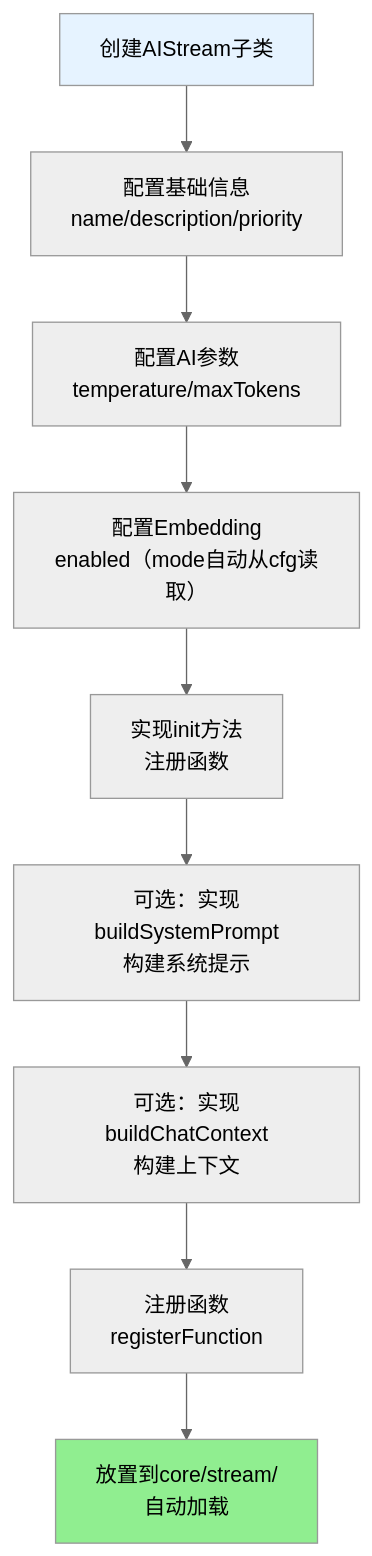
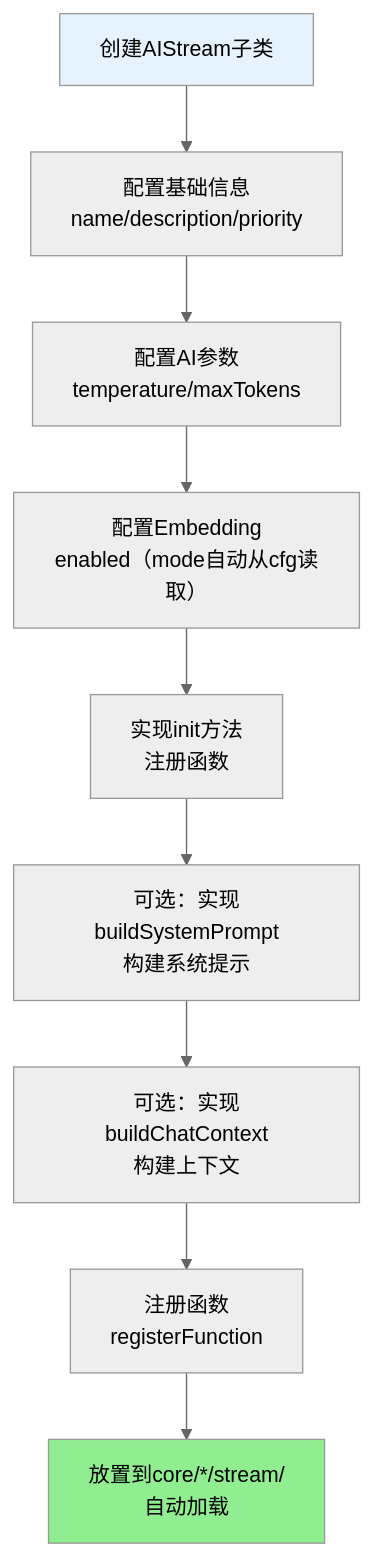
Before and after one commit to sunflowermm/XRK-AGT: the third of 9 diagrams in docs/框架可扩展性指南.md, drawn with Mermaid (neutral theme). The commit also changed other lines of this file and 116 other files, not shown here.

````diff
--- a/docs/框架可扩展性指南.md
+++ b/docs/框架可扩展性指南.md
@@ -146,14 +230,14 @@
 ```mermaid
 flowchart TB
     A["创建AIStream子类"] --> B["配置基础信息<br/>name/description/priority"]
     B --> C["配置AI参数<br/>temperature/maxTokens"]
     C --> D["配置Embedding<br/>enabled（mode自动从cfg读取）"]
     D --> E["实现init方法<br/>注册函数"]
     E --> F["可选：实现buildSystemPrompt<br/>构建系统提示"]
     F --> G["可选：实现buildChatContext<br/>构建上下文"]
     G --> H["注册函数<br/>registerFunction"]
-    H --> I["放置到core/stream/<br/>自动加载"]
+    H --> I["放置到core/*/stream/<br/>自动加载"]
     
     style A fill:#E6F3FF
     style I fill:#90EE90
 ```
````
